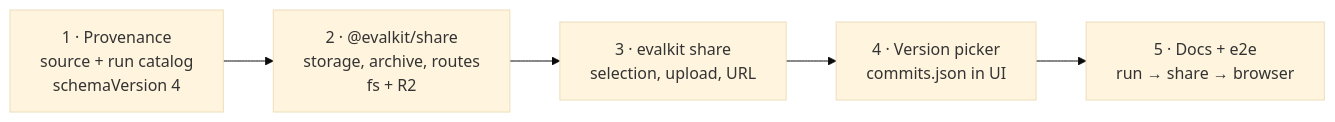
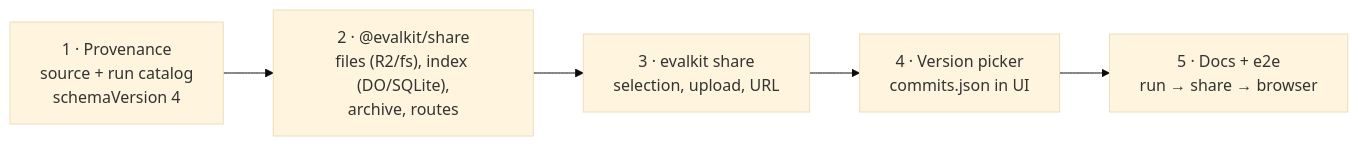
One commit to leostera/evalkit changed the ninth of 9 diagrams in docs/rfds/RFD0006-commit-provenance-and-share-server.md. Above: the diagram before and after it, drawn with Mermaid (base theme). The commit also changed other lines of this file, not shown here.

First line of the commit message:
docs(rfd): RFD0006 index share metadata in a Durable Object

````diff
--- a/docs/rfds/RFD0006-commit-provenance-and-share-server.md
+++ b/docs/rfds/RFD0006-commit-provenance-and-share-server.md
@@ -336,7 +396,7 @@
 ```mermaid
 flowchart LR
-  p1["1 · Provenance<br/>source + run catalog<br/>schemaVersion 4"] --> p2["2 · @evalkit/share<br/>storage, archive, routes<br/>fs + R2"]
+  p1["1 · Provenance<br/>source + run catalog<br/>schemaVersion 4"] --> p2["2 · @evalkit/share<br/>files (R2/fs), index (DO/SQLite),<br/>archive, routes"]
   p2 --> p3["3 · evalkit share<br/>selection, upload, URL"]
   p3 --> p4["4 · Version picker<br/>commits.json in UI"]
   p4 --> p5["5 · Docs + e2e<br/>run → share → browser"]
 ```
````
